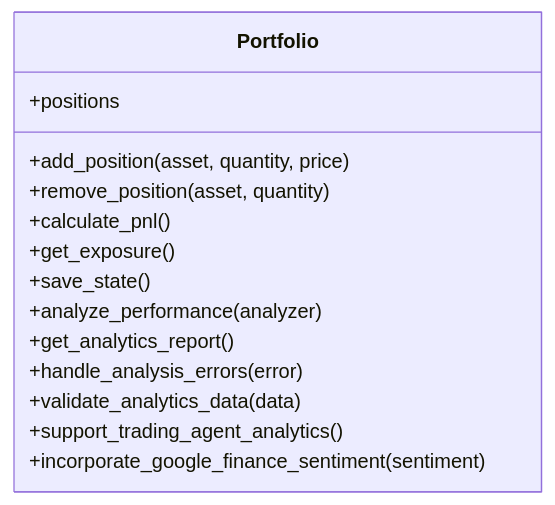
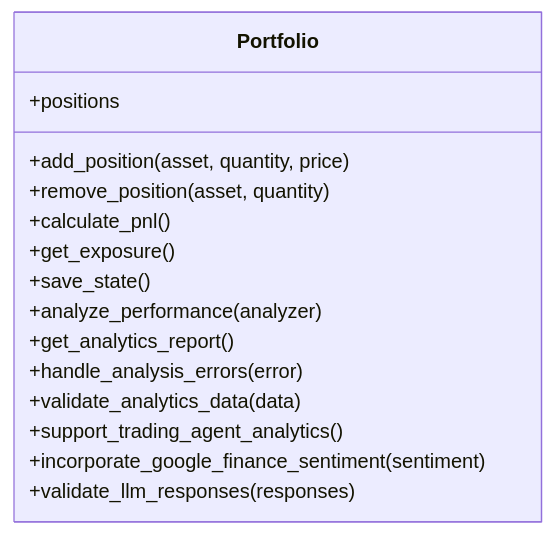
One commit to ZengSeng/telegram-bot changed the sixth of 13 diagrams in .qoder/repowiki/en/content/Core Components/Analysis Framework.md. Above: the diagram before and after it, drawn with Mermaid. The commit also changed other lines of this file and 15 other files, not shown here.

````diff
--- a/.qoder/repowiki/en/content/Core Components/Analysis Framework.md
+++ b/.qoder/repowiki/en/content/Core Components/Analysis Framework.md
@@ -342,17 +362,18 @@
 ```mermaid
 classDiagram
 class Portfolio {
 +positions
 +add_position(asset, quantity, price)
 +remove_position(asset, quantity)
 +calculate_pnl()
 +get_exposure()
 +save_state()
 +analyze_performance(analyzer)
 +get_analytics_report()
 +handle_analysis_errors(error)
 +validate_analytics_data(data)
 +support_trading_agent_analytics()
 +incorporate_google_finance_sentiment(sentiment)
++validate_llm_responses(responses)
 }
 ```
````
